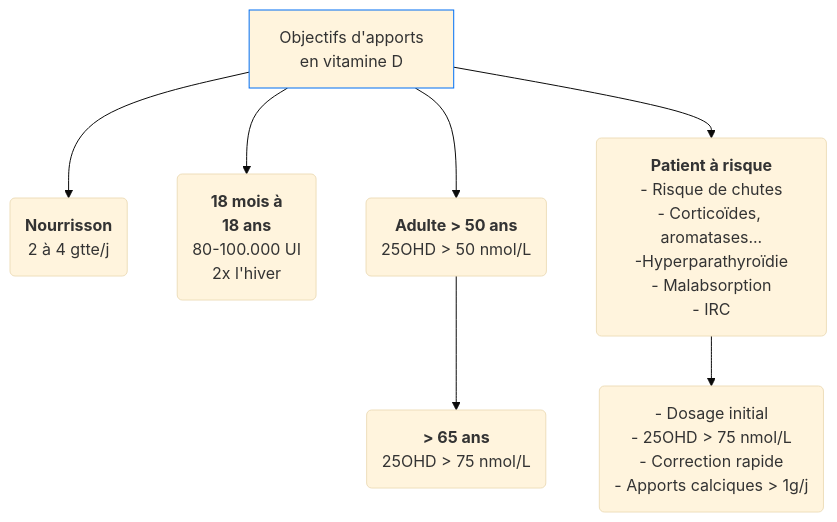
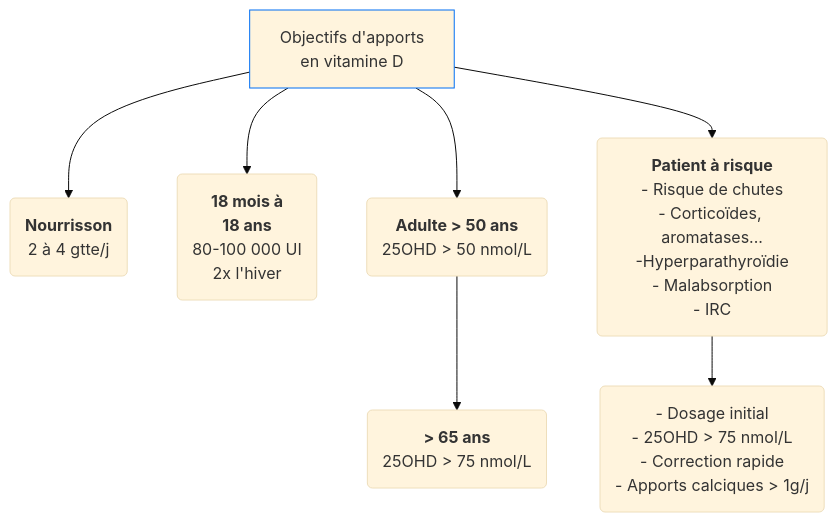
Before and after one commit to djibe/recommandations-medicales: the diagram in content/recommandations/vitamine-d.md, drawn with Mermaid (base theme). The commit also changed other lines of this file and 23 other files, not shown here.

```diff
--- a/content/recommandations/vitamine-d.md
+++ b/content/recommandations/vitamine-d.md
@@ -202,10 +202,10 @@
 {{< mermaid title="Cibles d'apports en vitamine D (schéma simplifié). Dr JB FRON d'après Souberbielle 2019" >}}
 graph TB
   apports["Objectifs d'apports<br>en vitamine D"]
   style apports stroke:#006ef4, stroke-width:1px
     apports --> ns(<b>Nourrisson</b><br>2 à 4 gtte/j)
-    apports --> enfant(<b>18 mois à<br>18 ans</b><br>80-100.000 UI<br> 2x l'hiver)
+    apports --> enfant(<b>18 mois à<br>18 ans</b><br>80-100 000 UI<br> 2x l'hiver)
     apports --> adulte(<b>Adulte &gt; 50 ans</b><br>25OHD &gt; 50 nmol/L)
       adulte --> 65(<b>&gt; 65 ans</b><br>25OHD &gt; 75 nmol/L)
     apports --> risque(<b>Patient à risque</b><br>- Risque de chutes<br>- Corticoïdes, aromatases...<br>-Hyperparathyroïdie<br>- Malabsorption<br>- IRC) --> intensif("- Dosage initial<br>- 25OHD &gt; 75 nmol/L<br>- Correction rapide<br>- Apports calciques &gt; 1g/j")
 {{< /mermaid >}}
```
